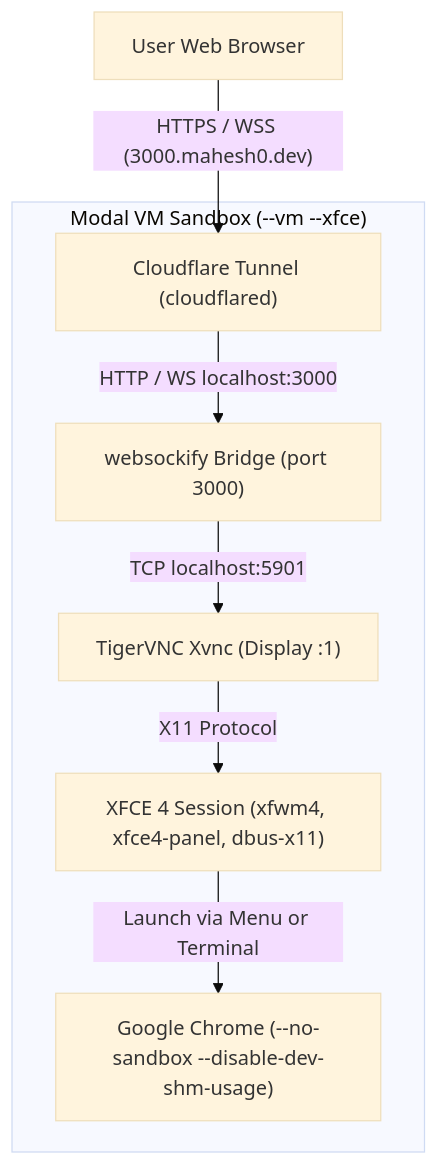
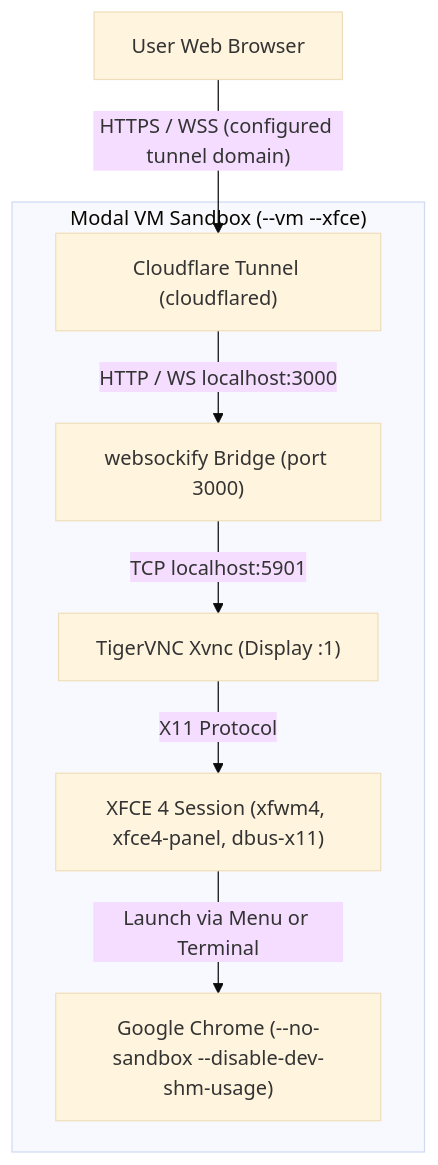
The diagram in docs/architecture/runtimes.md (YoungMahesh/software-factory), drawn with Mermaid (base theme) before and after one commit. The commit also changed other lines of this file and 27 other files, not shown here.

````diff
--- a/docs/architecture/runtimes.md
+++ b/docs/architecture/runtimes.md
@@ -68,10 +67,10 @@
 ```mermaid
 graph TD
-    Browser["User Web Browser"] -->|"HTTPS / WSS (3000.mahesh0.dev)"| CFTunnel["Cloudflare Tunnel (cloudflared)"]
+    Browser["User Web Browser"] -->|"HTTPS / WSS (configured tunnel domain)"| CFTunnel["Cloudflare Tunnel (cloudflared)"]
     subgraph Modal VM Sandbox ["Modal VM Sandbox (--vm --xfce)"]
         CFTunnel -->|"HTTP / WS localhost:3000"| WebSockify["websockify Bridge (port 3000)"]
         WebSockify -->|"TCP localhost:5901"| TigerVNC["TigerVNC Xvnc (Display :1)"]
         TigerVNC -->|"X11 Protocol"| XFCE["XFCE 4 Session (xfwm4, xfce4-panel, dbus-x11)"]
         XFCE -->|"Launch via Menu or Terminal"| Chrome["Google Chrome (--no-sandbox --disable-dev-shm-usage)"]
     end
 ```
````
